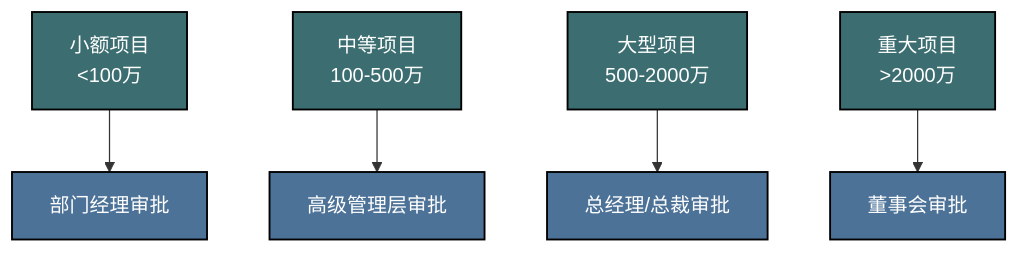
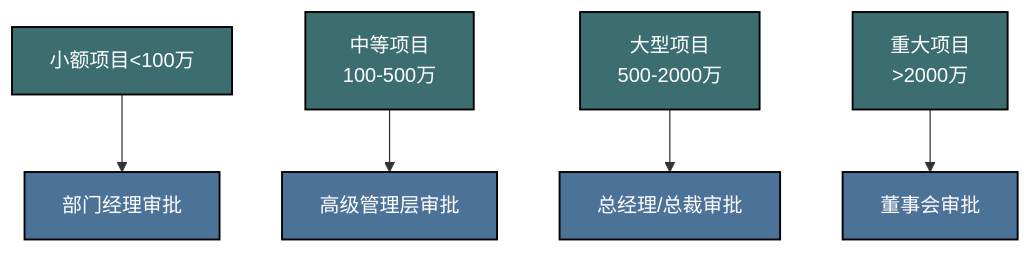
One commit to amcoimg/my-digital-garden changed the fourth of 4 diagrams in src/site/notes/08-财务专业/财务BP/笔记/预算编制基础/资本支出预算.md. Above: the diagram before and after it, drawn with Mermaid. The commit also changed 1 other file, not shown here.

Commit message:
Published multiple files

````diff
--- a/src/site/notes/08-财务专业/财务BP/笔记/预算编制基础/资本支出预算.md
+++ b/src/site/notes/08-财务专业/财务BP/笔记/预算编制基础/资本支出预算.md
@@ -206,16 +206,16 @@
 ```mermaid
 flowchart TD
-    A[小额项目<br><100万] --> B[部门经理审批]
+    A[小额项目&lt;100万] --> B[部门经理审批]
     C[中等项目<br>100-500万] --> D[高级管理层审批]
     E[大型项目<br>500-2000万] --> F[总经理/总裁审批]
-    G[重大项目<br>>2000万] --> H[董事会审批]
+    G[重大项目<br>&gt;2000万] --> H[董事会审批]
     
     style A fill:#3c6e71,stroke:#000000,stroke-width:1.5px,color:#ffffff
     style C fill:#3c6e71,stroke:#000000,stroke-width:1.5px,color:#ffffff
     style E fill:#3c6e71,stroke:#000000,stroke-width:1.5px,color:#ffffff
     style G fill:#3c6e71,stroke:#000000,stroke-width:1.5px,color:#ffffff
     style B fill:#4d7298,stroke:#000000,stroke-width:1.5px,color:#ffffff
     style D fill:#4d7298,stroke:#000000,stroke-width:1.5px,color:#ffffff
     style F fill:#4d7298,stroke:#000000,stroke-width:1.5px,color:#ffffff
     style H fill:#4d7298,stroke:#000000,stroke-width:1.5px,color:#ffffff
 ```
````
